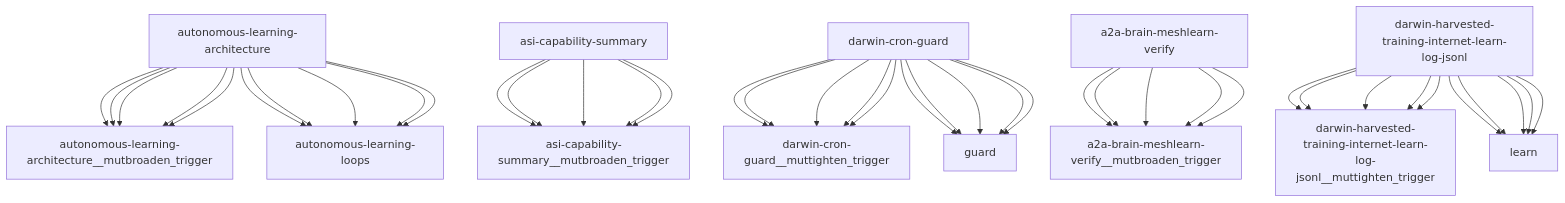
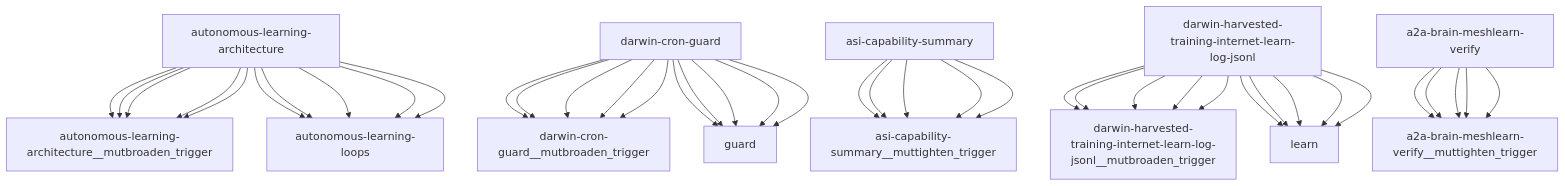
The diagram in reports/darwin-report.md (openamer-max/max-scripts), drawn with Mermaid before and after one commit. The commit also changed other lines of this file and 10 other files, not shown here.

````diff
--- a/reports/darwin-report.md
+++ b/reports/darwin-report.md
@@ -74,43 +75,43 @@
 ```mermaid
 graph TD
     autonomous-learning-architecture["autonomous-learning-architecture"] --> autonomous-learning-architecture__mutbroaden_trigger["autonomous-learning-architecture__mutbroaden_trigger"]
-    asi-capability-summary["asi-capability-summary"] --> asi-capability-summary__mutbroaden_trigger["asi-capability-summary__mutbroaden_trigger"]
-    darwin-cron-guard["darwin-cron-guard"] --> darwin-cron-guard__muttighten_trigger["darwin-cron-guard__muttighten_trigger"]
-    a2a-brain-meshlearn-verify["a2a-brain-meshlearn-verify"] --> a2a-brain-meshlearn-verify__mutbroaden_trigger["a2a-brain-meshlearn-verify__mutbroaden_trigger"]
-    darwin-harvested-training-internet-learn-log-jsonl["darwin-harvested-training-internet-learn-log-jsonl"] --> darwin-harvested-training-internet-learn-log-jsonl__muttighten_trigger["darwin-harvested-training-internet-learn-log-jsonl__muttighten_trigger"]
+    darwin-cron-guard["darwin-cron-guard"] --> darwin-cron-guard__mutbroaden_trigger["darwin-cron-guard__mutbroaden_trigger"]
+    asi-capability-summary["asi-capability-summary"] --> asi-capability-summary__muttighten_trigger["asi-capability-summary__muttighten_trigger"]
+    darwin-harvested-training-internet-learn-log-jsonl["darwin-harvested-training-internet-learn-log-jsonl"] --> darwin-harvested-training-internet-learn-log-jsonl__mutbroaden_trigger["darwin-harvested-training-internet-learn-log-jsonl__mutbroaden_trigger"]
+    a2a-brain-meshlearn-verify["a2a-brain-meshlearn-verify"] --> a2a-brain-meshlearn-verify__muttighten_trigger["a2a-brain-meshlearn-verify__muttighten_trigger"]
     autonomous-learning-architecture["autonomous-learning-architecture"] --> autonomous-learning-loops["autonomous-learning-loops"]
     darwin-cron-guard["darwin-cron-guard"] --> guard["guard"]
     darwin-harvested-training-internet-learn-log-jsonl["darwin-harvested-training-internet-learn-log-jsonl"] --> learn["learn"]
     autonomous-learning-architecture["autonomous-learning-architecture"] --> autonomous-learning-architecture__mutbroaden_trigger["autonomous-learning-architecture__mutbroaden_trigger"]
-    asi-capability-summary["asi-capability-summary"] --> asi-capability-summary__mutbroaden_trigger["asi-capability-summary__mutbroaden_trigger"]
-    darwin-cron-guard["darwin-cron-guard"] --> darwin-cron-guard__muttighten_trigger["darwin-cron-guard__muttighten_trigger"]
-    a2a-brain-meshlearn-verify["a2a-brain-meshlearn-verify"] --> a2a-brain-meshlearn-verify__mutbroaden_trigger["a2a-brain-meshlearn-verify__mutbroaden_trigger"]
-    darwin-harvested-training-internet-learn-log-jsonl["darwin-harvested-training-internet-learn-log-jsonl"] --> darwin-harvested-training-internet-learn-log-jsonl__muttighten_trigger["darwin-harvested-training-internet-learn-log-jsonl__muttighten_trigger"]
+    darwin-cron-guard["darwin-cron-guard"] --> darwin-cron-guard__mutbroaden_trigger["darwin-cron-guard__mutbroaden_trigger"]
+    asi-capability-summary["asi-capability-summary"] --> asi-capability-summary__muttighten_trigger["asi-capability-summary__muttighten_trigger"]
+    darwin-harvested-training-internet-learn-log-jsonl["darwin-harvested-training-internet-learn-log-jsonl"] --> darwin-harvested-training-internet-learn-log-jsonl__mutbroaden_trigger["darwin-harvested-training-internet-learn-log-jsonl__mutbroaden_trigger"]
+    a2a-brain-meshlearn-verify["a2a-brain-meshlearn-verify"] --> a2a-brain-meshlearn-verify__muttighten_trigger["a2a-brain-meshlearn-verify__muttighten_trigger"]
     autonomous-learning-architecture["autonomous-learning-architecture"] --> autonomous-learning-loops["autonomous-learning-loops"]
     darwin-cron-guard["darwin-cron-guard"] --> guard["guard"]
     darwin-harvested-training-internet-learn-log-jsonl["darwin-harvested-training-internet-learn-log-jsonl"] --> learn["learn"]
     autonomous-learning-architecture["autonomous-learning-architecture"] --> autonomous-learning-architecture__mutbroaden_trigger["autonomous-learning-architecture__mutbroaden_trigger"]
-    asi-capability-summary["asi-capability-summary"] --> asi-capability-summary__mutbroaden_trigger["asi-capability-summary__mutbroaden_trigger"]
-    darwin-cron-guard["darwin-cron-guard"] --> darwin-cron-guard__muttighten_trigger["darwin-cron-guard__muttighten_trigger"]
-    a2a-brain-meshlearn-verify["a2a-brain-meshlearn-verify"] --> a2a-brain-meshlearn-verify__mutbroaden_trigger["a2a-brain-meshlearn-verify__mutbroaden_trigger"]
-    darwin-harvested-training-internet-learn-log-jsonl["darwin-harvested-training-internet-learn-log-jsonl"] --> darwin-harvested-training-internet-learn-log-jsonl__muttighten_trigger["darwin-harvested-training-internet-learn-log-jsonl__muttighten_trigger"]
+    darwin-cron-guard["darwin-cron-guard"] --> darwin-cron-guard__mutbroaden_trigger["darwin-cron-guard__mutbroaden_trigger"]
+    asi-capability-summary["asi-capability-summary"] --> asi-capability-summary__muttighten_trigger["asi-capability-summary__muttighten_trigger"]
+    darwin-harvested-training-internet-learn-log-jsonl["darwin-harvested-training-internet-learn-log-jsonl"] --> darwin-harvested-training-internet-learn-log-jsonl__mutbroaden_trigger["darwin-harvested-training-internet-learn-log-jsonl__mutbroaden_trigger"]
+    a2a-brain-meshlearn-verify["a2a-brain-meshlearn-verify"] --> a2a-brain-meshlearn-verify__muttighten_trigger["a2a-brain-meshlearn-verify__muttighten_trigger"]
     autonomous-learning-architecture["autonomous-learning-architecture"] --> autonomous-learning-loops["autonomous-learning-loops"]
     darwin-cron-guard["darwin-cron-guard"] --> guard["guard"]
     darwin-harvested-training-internet-learn-log-jsonl["darwin-harvested-training-internet-learn-log-jsonl"] --> learn["learn"]
     autonomous-learning-architecture["autonomous-learning-architecture"] --> autonomous-learning-architecture__mutbroaden_trigger["autonomous-learning-architecture__mutbroaden_trigger"]
-    asi-capability-summary["asi-capability-summary"] --> asi-capability-summary__mutbroaden_trigger["asi-capability-summary__mutbroaden_trigger"]
-    darwin-cron-guard["darwin-cron-guard"] --> darwin-cron-guard__muttighten_trigger["darwin-cron-guard__muttighten_trigger"]
-    a2a-brain-meshlearn-verify["a2a-brain-meshlearn-verify"] --> a2a-brain-meshlearn-verify__mutbroaden_trigger["a2a-brain-meshlearn-verify__mutbroaden_trigger"]
-    darwin-harvested-training-internet-learn-log-jsonl["darwin-harvested-training-internet-learn-log-jsonl"] --> darwin-harvested-training-internet-learn-log-jsonl__muttighten_trigger["darwin-harvested-training-internet-learn-log-jsonl__muttighten_trigger"]
+    darwin-cron-guard["darwin-cron-guard"] --> darwin-cron-guard__mutbroaden_trigger["darwin-cron-guard__mutbroaden_trigger"]
+    asi-capability-summary["asi-capability-summary"] --> asi-capability-summary__muttighten_trigger["asi-capability-summary__muttighten_trigger"]
+    darwin-harvested-training-internet-learn-log-jsonl["darwin-harvested-training-internet-learn-log-jsonl"] --> darwin-harvested-training-internet-learn-log-jsonl__mutbroaden_trigger["darwin-harvested-training-internet-learn-log-jsonl__mutbroaden_trigger"]
+    a2a-brain-meshlearn-verify["a2a-brain-meshlearn-verify"] --> a2a-brain-meshlearn-verify__muttighten_trigger["a2a-brain-meshlearn-verify__muttighten_trigger"]
     autonomous-learning-architecture["autonomous-learning-architecture"] --> autonomous-learning-loops["autonomous-learning-loops"]
     darwin-cron-guard["darwin-cron-guard"] --> guard["guard"]
     darwin-harvested-training-internet-learn-log-jsonl["darwin-harvested-training-internet-learn-log-jsonl"] --> learn["learn"]
     autonomous-learning-architecture["autonomous-learning-architecture"] --> autonomous-learning-architecture__mutbroaden_trigger["autonomous-learning-architecture__mutbroaden_trigger"]
-    asi-capability-summary["asi-capability-summary"] --> asi-capability-summary__mutbroaden_trigger["asi-capability-summary__mutbroaden_trigger"]
-    darwin-cron-guard["darwin-cron-guard"] --> darwin-cron-guard__muttighten_trigger["darwin-cron-guard__muttighten_trigger"]
-    a2a-brain-meshlearn-verify["a2a-brain-meshlearn-verify"] --> a2a-brain-meshlearn-verify__mutbroaden_trigger["a2a-brain-meshlearn-verify__mutbroaden_trigger"]
-    darwin-harvested-training-internet-learn-log-jsonl["darwin-harvested-training-internet-learn-log-jsonl"] --> darwin-harvested-training-internet-learn-log-jsonl__muttighten_trigger["darwin-harvested-training-internet-learn-log-jsonl__muttighten_trigger"]
+    darwin-cron-guard["darwin-cron-guard"] --> darwin-cron-guard__mutbroaden_trigger["darwin-cron-guard__mutbroaden_trigger"]
+    asi-capability-summary["asi-capability-summary"] --> asi-capability-summary__muttighten_trigger["asi-capability-summary__muttighten_trigger"]
+    darwin-harvested-training-internet-learn-log-jsonl["darwin-harvested-training-internet-learn-log-jsonl"] --> darwin-harvested-training-internet-learn-log-jsonl__mutbroaden_trigger["darwin-harvested-training-internet-learn-log-jsonl__mutbroaden_trigger"]
+    a2a-brain-meshlearn-verify["a2a-brain-meshlearn-verify"] --> a2a-brain-meshlearn-verify__muttighten_trigger["a2a-brain-meshlearn-verify__muttighten_trigger"]
     autonomous-learning-architecture["autonomous-learning-architecture"] --> autonomous-learning-loops["autonomous-learning-loops"]
     darwin-cron-guard["darwin-cron-guard"] --> guard["guard"]
     darwin-harvested-training-internet-learn-log-jsonl["darwin-harvested-training-internet-learn-log-jsonl"] --> learn["learn"]
 ```
````
